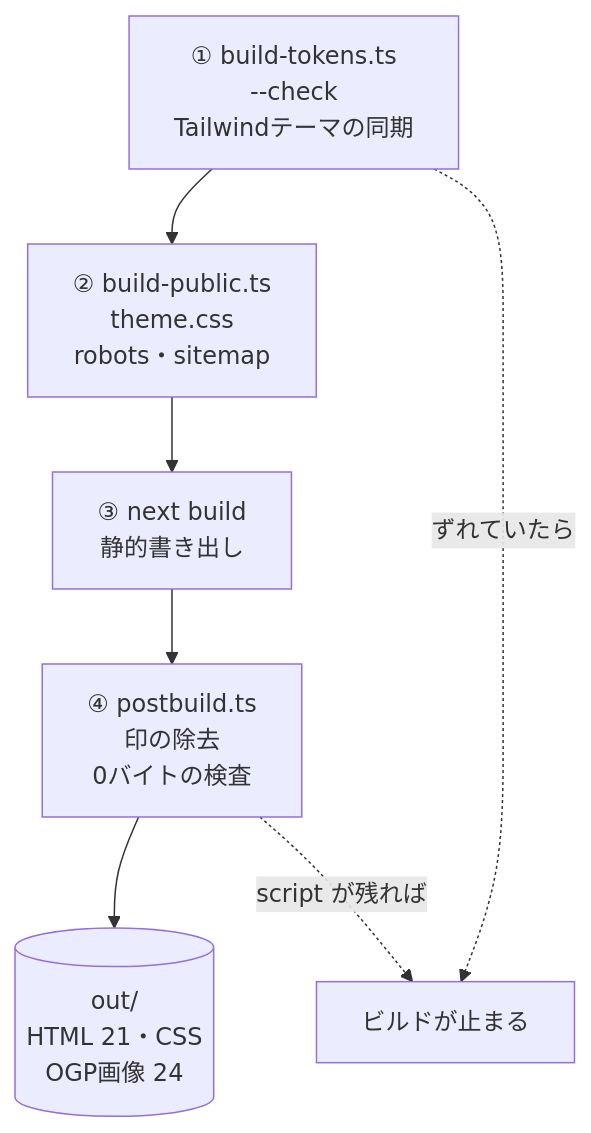
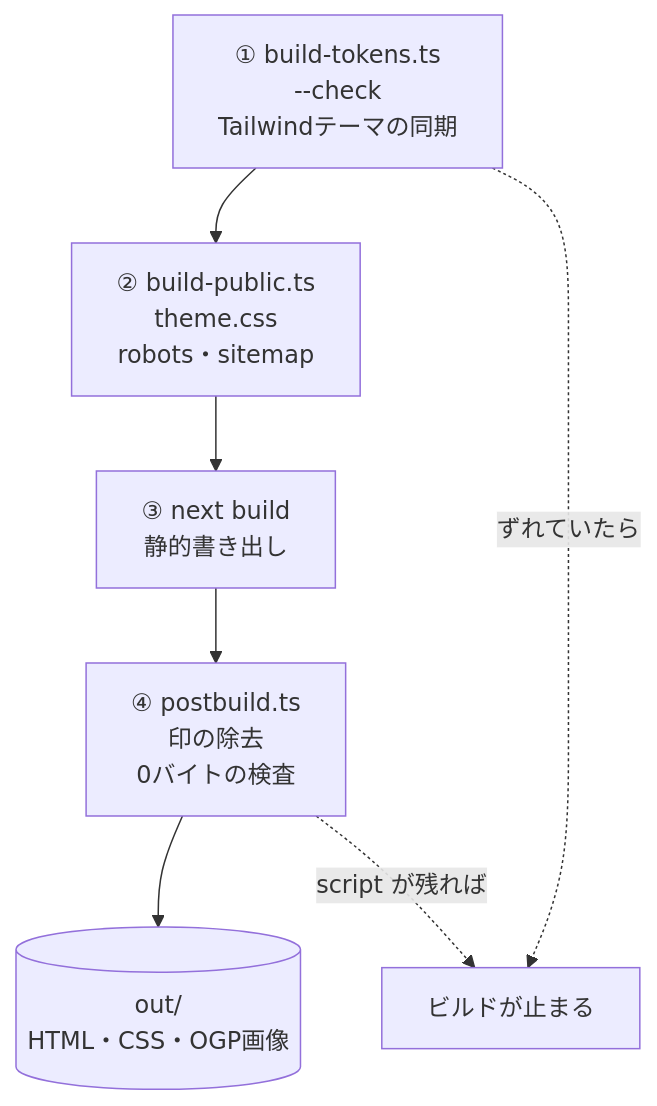
The first of 4 diagrams in docs/development.md (bright-broom/tsumugi), drawn with Mermaid before and after one commit. The commit also changed other lines of this file and 5 other files, not shown here.

````diff
--- a/docs/development.md
+++ b/docs/development.md
@@ -40,9 +46,9 @@
 ```mermaid
 flowchart TD
   s1["① build-tokens.ts<br/>--check<br/>Tailwindテーマの同期"] --> s2["② build-public.ts<br/>theme.css<br/>robots・sitemap"]
   s2 --> s3["③ next build<br/>静的書き出し"]
   s3 --> s4["④ postbuild.ts<br/>印の除去<br/>0バイトの検査"]
-  s4 --> out[("out/<br/>HTML 21・CSS<br/>OGP画像 24")]
+  s4 --> out[("out/<br/>HTML・CSS・OGP画像")]
   s1 -.->|ずれていたら| stop["ビルドが止まる"]
   s4 -.->|script が残れば| stop
 ```
````
